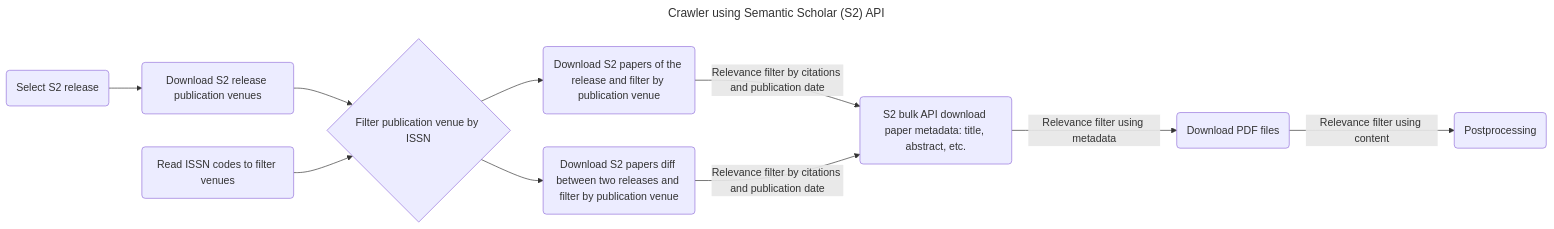
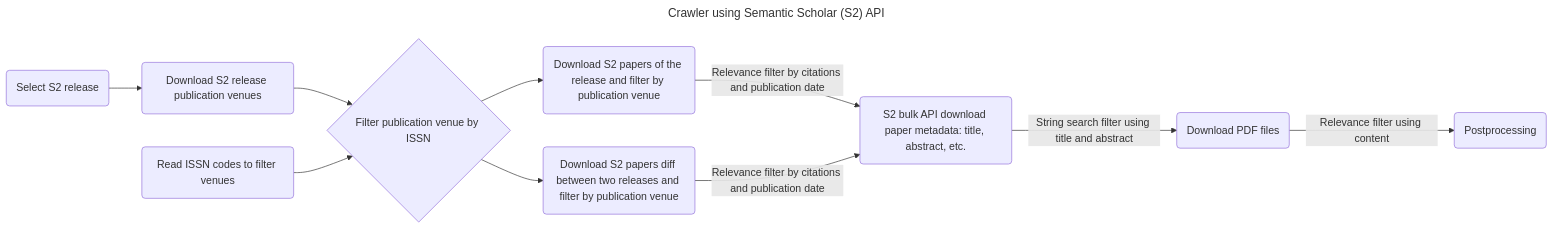
Before and after one commit to DFKI-NLP/kibad-crawler: the diagram in README.md, drawn with Mermaid. The commit also changed other lines of this file and 1 other file, not shown here.

Commit message:
Add description of the download algorithm and pseudocode mapped to the algorithm steps

````diff
--- a/README.md
+++ b/README.md
@@ -6,17 +7,17 @@
 ```mermaid
 ---
 title: Crawler using Semantic Scholar (S2) API
 ---
 flowchart LR
     id1(Select S2 release) --> id2
     id2(Download S2 release publication venues)
     id3(Read ISSN codes to filter venues)
     id2 --> id4
     id3 --> id4{Filter publication venue by ISSN}
     id4 --> id5(Download S2 papers of the release and filter by publication venue)
     id4 --> id51(Download S2 papers diff between two releases and filter by publication venue)
     id5 --> |Relevance filter by citations and publication date|id6(S2 bulk API download paper metadata: title, abstract, etc.)
     id51 --> |Relevance filter by citations and publication date|id6(S2 bulk API download paper metadata: title, abstract, etc.)
-    id6 --> |Relevance filter using metadata|id7(Download PDF files)
+    id6 --> |String search filter using title and abstract|id7(Download PDF files)
     id7 --> |Relevance filter using content|id8(Postprocessing)
 ```
````
